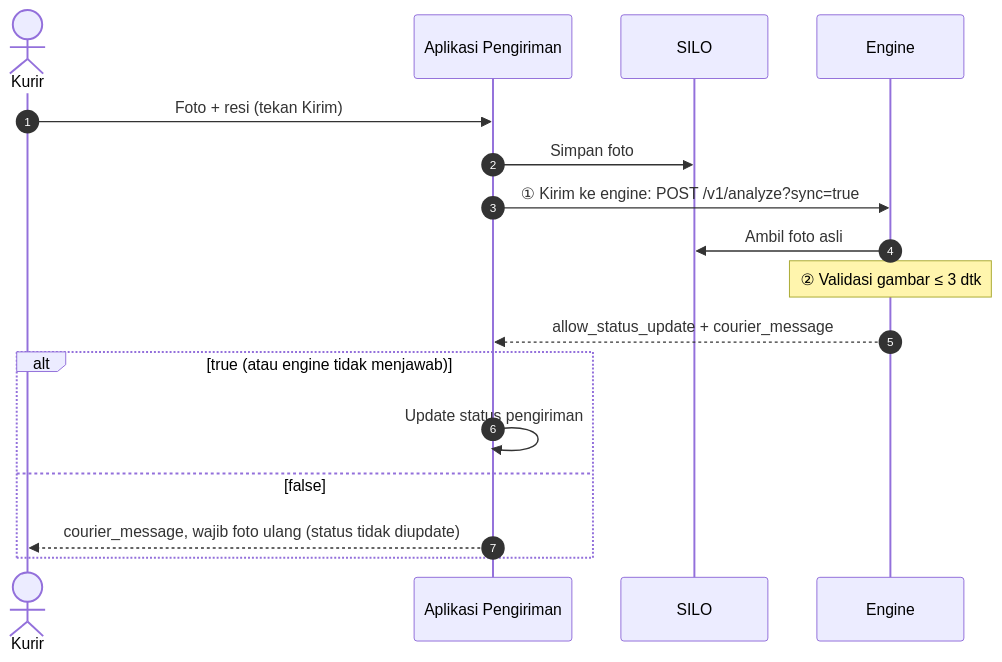
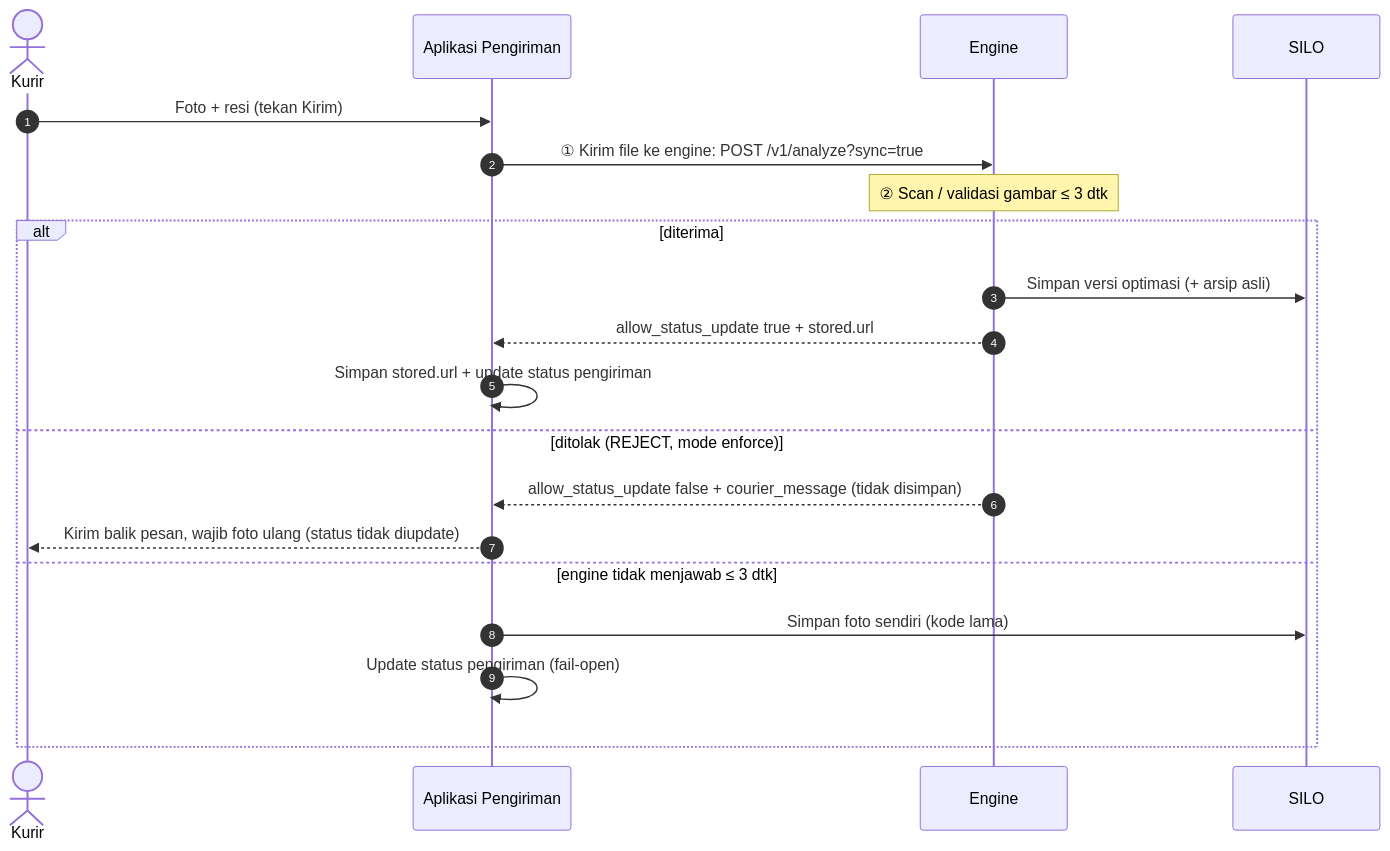
The first of 2 diagrams in docs/integration-guide.md (anas-fikri/ocr-engine), drawn with Mermaid before and after one commit. The commit also changed other lines of this file and 10 other files, not shown here.

````diff
--- a/docs/integration-guide.md
+++ b/docs/integration-guide.md
@@ -61,19 +63,22 @@
 ```mermaid
 sequenceDiagram
     autonumber
     actor K as Kurir
     participant BE as Aplikasi Pengiriman
+    participant E as Engine
     participant S as SILO
-    participant E as Engine
     K->>BE: Foto + resi (tekan Kirim)
-    BE->>S: Simpan foto
-    BE->>E: ① Kirim ke engine: POST /v1/analyze?sync=true
-    E->>S: Ambil foto asli
-    note over E: ② Validasi gambar ≤ 3 dtk
-    E-->>BE: allow_status_update + courier_message
-    alt true (atau engine tidak menjawab)
-        BE->>BE: Update status pengiriman
-    else false
-        BE-->>K: courier_message, wajib foto ulang (status tidak diupdate)
+    BE->>E: ① Kirim file ke engine: POST /v1/analyze?sync=true
+    note over E: ② Scan / validasi gambar ≤ 3 dtk
+    alt diterima
+        E->>S: Simpan versi optimasi (+ arsip asli)
+        E-->>BE: allow_status_update true + stored.url
+        BE->>BE: Simpan stored.url + update status pengiriman
+    else ditolak (REJECT, mode enforce)
+        E-->>BE: allow_status_update false + courier_message (tidak disimpan)
+        BE-->>K: Kirim balik pesan, wajib foto ulang (status tidak diupdate)
+    else engine tidak menjawab ≤ 3 dtk
+        BE->>S: Simpan foto sendiri (kode lama)
+        BE->>BE: Update status pengiriman (fail-open)
     end
 ```
````
